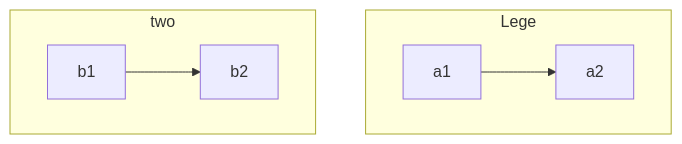
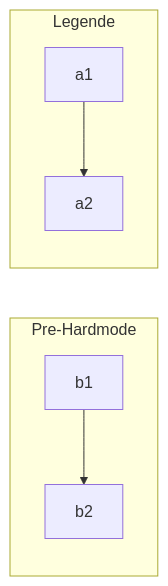
One commit to Schokobaer06/BattleOfGods changed the diagram in todo.md. Above: the diagram before and after it, drawn with Mermaid. The commit also changed other lines of this file, not shown here.

````diff
--- a/todo.md
+++ b/todo.md
@@ -136,11 +136,11 @@
 ```mermaid
-graph TD
-subgraph Lege
+graph LR
+
+subgraph prehardmode [Pre-Hardmode]
+b1-->b2
+end
+subgraph legend [Legende]
 a1-->a2
 end
-subgraph two
-b1-->b2
-end
-
 
 ```
````
